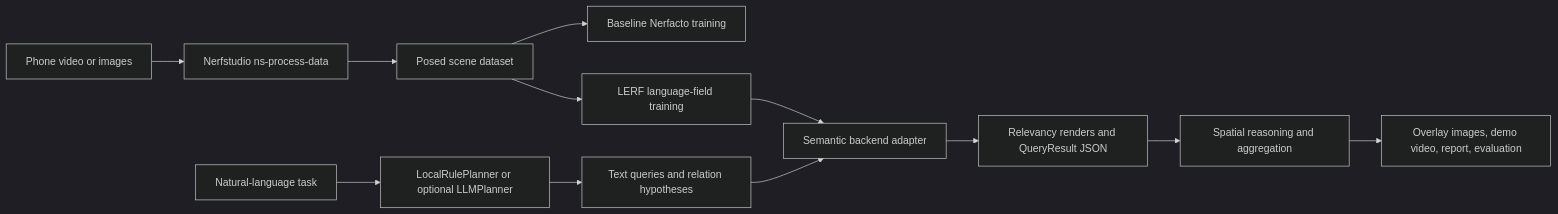
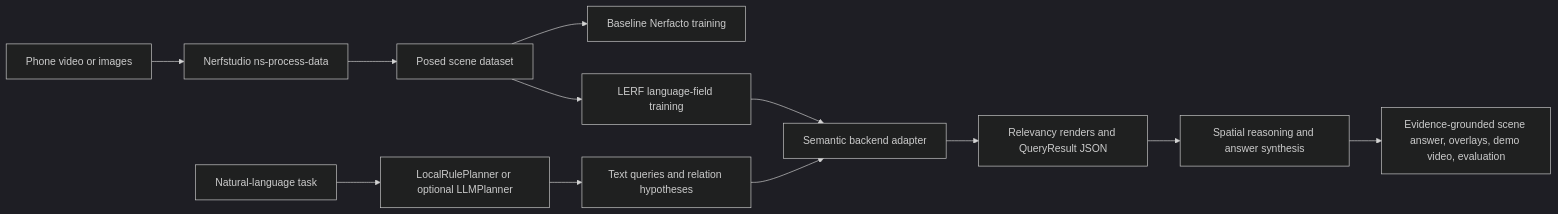
The diagram in README.md (woshiluozhi/nerf-llm-scene-inspector), drawn with Mermaid (dark theme) before and after one commit. The commit also changed other lines of this file and 19 other files, not shown here.

Commit message:
Add evidence-grounded scene answers

````diff
--- a/README.md
+++ b/README.md
@@ -80,14 +80,14 @@
 ```mermaid
 flowchart LR
   A[Phone video or images] --> B[Nerfstudio ns-process-data]
   B --> C[Posed scene dataset]
   C --> D[Baseline Nerfacto training]
   C --> E[LERF language-field training]
   E --> F[Semantic backend adapter]
   G[Natural-language task] --> H[LocalRulePlanner or optional LLMPlanner]
   H --> I[Text queries and relation hypotheses]
   I --> F
   F --> J[Relevancy renders and QueryResult JSON]
-  J --> K[Spatial reasoning and aggregation]
-  K --> L[Overlay images, demo video, report, evaluation]
+  J --> K[Spatial reasoning and answer synthesis]
+  K --> L[Evidence-grounded scene answer, overlays, demo video, evaluation]
 ```
````
